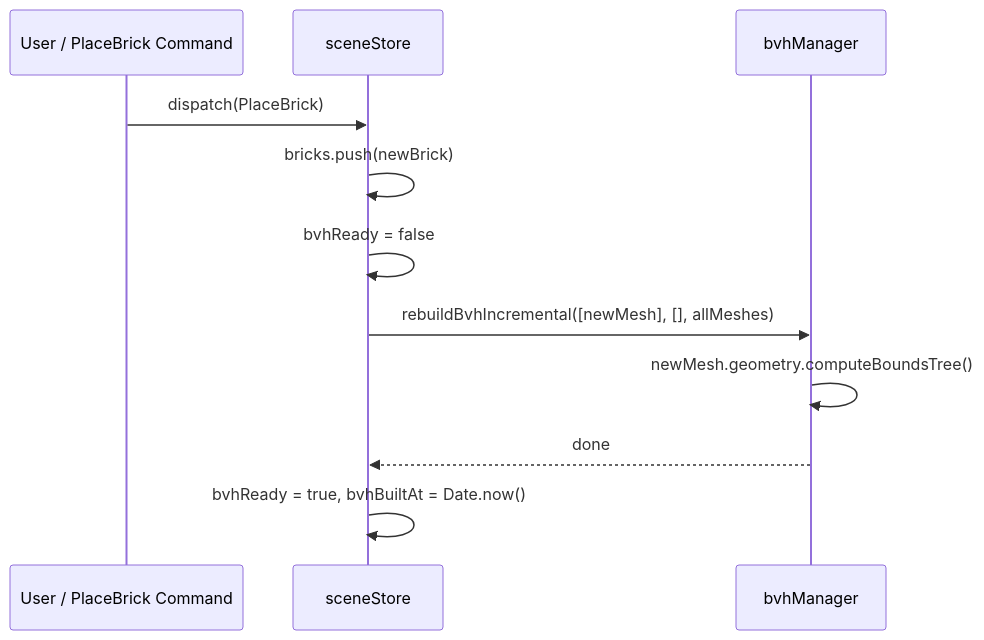
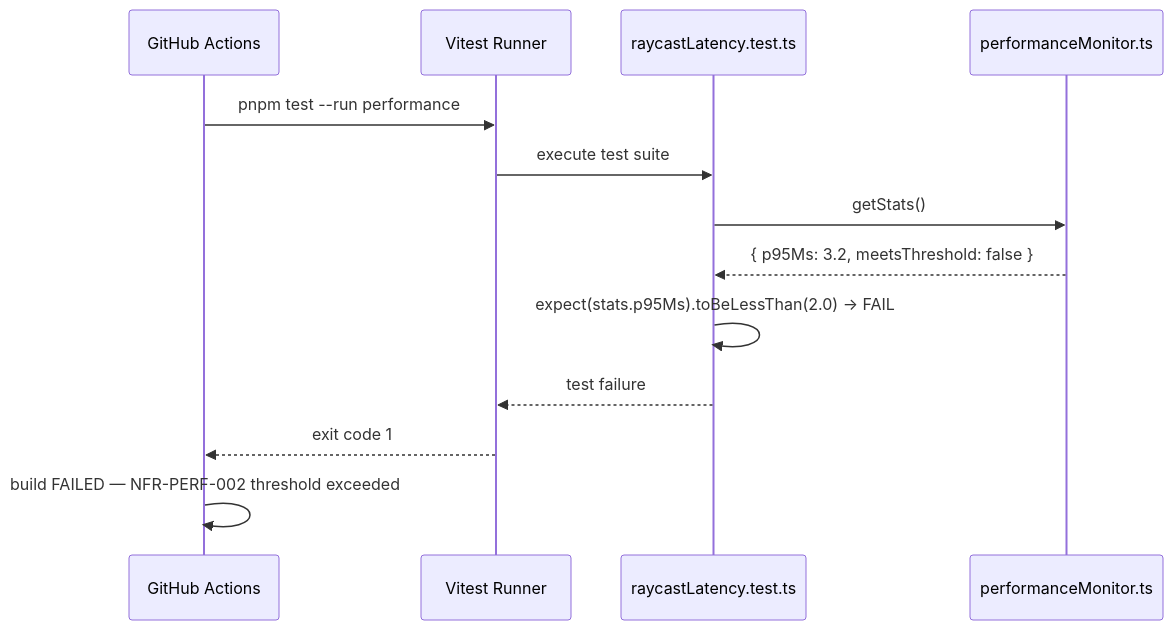
One commit to sreenivasmrpivot/legobuilder changed the fourth of 4 diagrams in docs/features/NFR-PERF-002/LOW_LEVEL_DESIGN.md. Above: the diagram before and after it, drawn with Mermaid. The commit also changed other lines of this file, not shown here.

First line of the commit message:
docs: LLD for NFR-PERF-002 — Enforce <2ms raycast latency in 500-brick scenes via instrumented timing

````diff
--- a/docs/features/NFR-PERF-002/LOW_LEVEL_DESIGN.md
+++ b/docs/features/NFR-PERF-002/LOW_LEVEL_DESIGN.md
@@ -328,14 +336,16 @@
 ```mermaid
 sequenceDiagram
-    participant UI as User / PlaceBrick Command
-    participant SS as sceneStore
-    participant BM as bvhManager
+    participant CI as GitHub Actions
+    participant Vitest as Vitest Runner
+    participant Test as raycastLatency.test.ts
+    participant PM as performanceMonitor.ts
 
-    UI->>SS: dispatch(PlaceBrick)
-    SS->>SS: bricks.push(newBrick)
-    SS->>SS: bvhReady = false
-    SS->>BM: rebuildBvhIncremental([newMesh], [], allMeshes)
-    BM->>BM: newMesh.geometry.computeBoundsTree()
-    BM-->>SS: done
-    SS->>SS: bvhReady = true, bvhBuiltAt = Date.now()
+    CI->>Vitest: pnpm test --run performance
+    Vitest->>Test: execute test suite
+    Test->>PM: getStats()
+    PM-->>Test: { p95Ms: 3.2, meetsThreshold: false }
+    Test->>Test: expect(stats.p95Ms).toBeLessThan(2.0) → FAIL
+    Test-->>Vitest: test failure
+    Vitest-->>CI: exit code 1
+    CI->>CI: build FAILED — NFR-PERF-002 threshold exceeded
 ```
````
